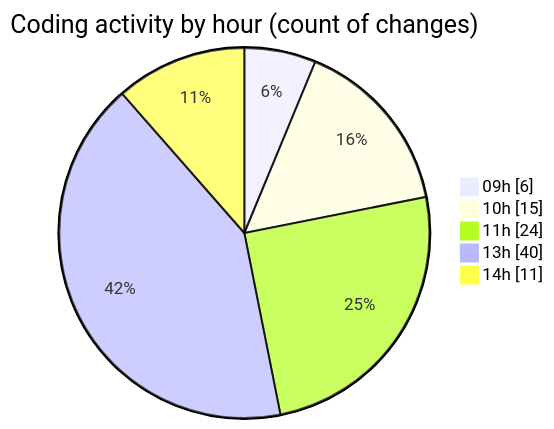
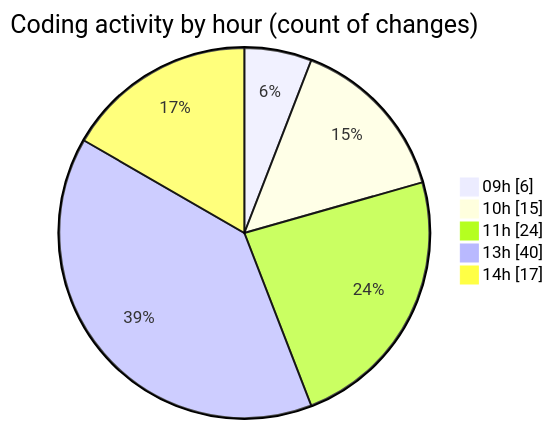
Before and after one commit to momahboobian/code-tracking: the second of 2 diagrams in 2026-04-20/cda/README.md, drawn with Mermaid. The commit also changed other lines of this file and 1 other file, not shown here.

````diff
--- a/2026-04-20/cda/README.md
+++ b/2026-04-20/cda/README.md
@@ -54,9 +54,9 @@
 ```mermaid
 pie showData
 title Coding activity by hour (count of changes)
 "09h" : 6
 "10h" : 15
 "11h" : 24
 "13h" : 40
-"14h" : 11
+"14h" : 17
 ```
````
